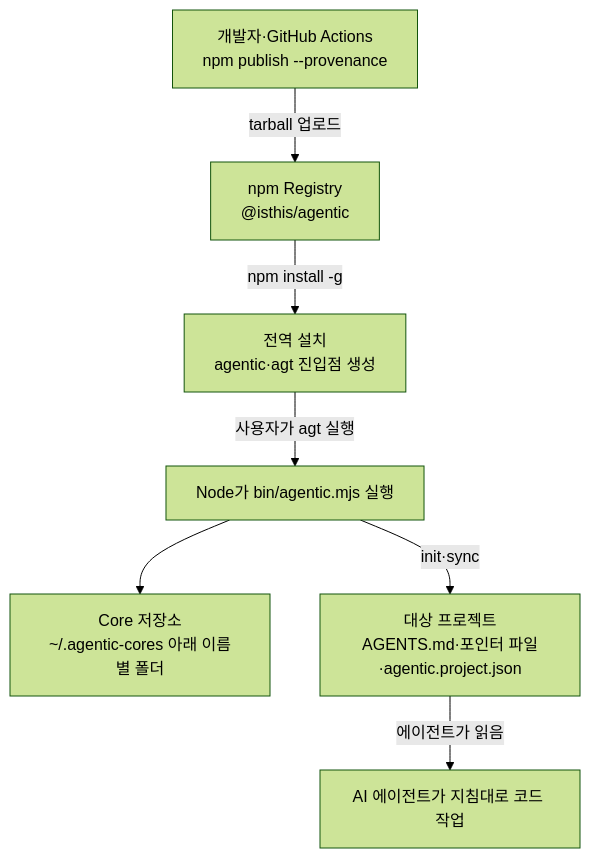
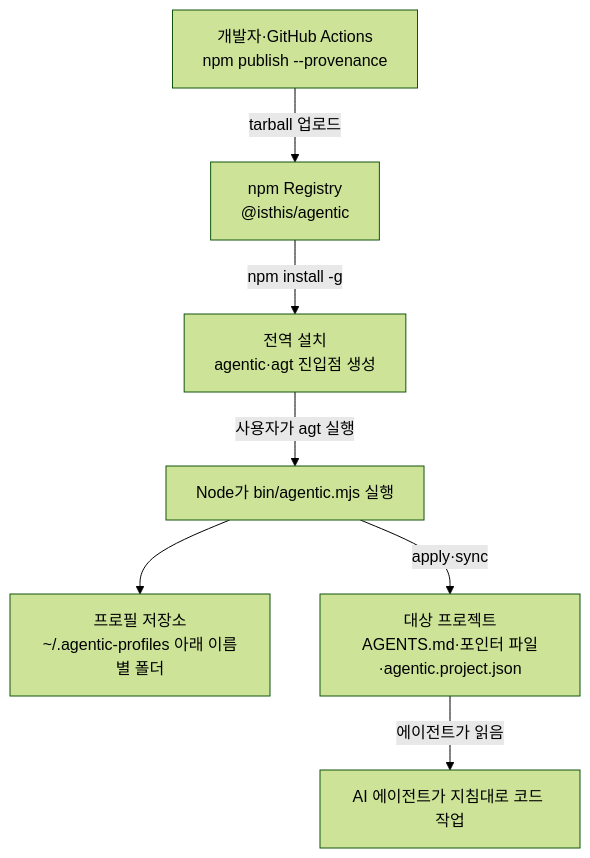
Before and after one commit to IsthisLee/agent-context-manager: the first of 5 diagrams in docs/implementation-principles.md, drawn with Mermaid (forest theme). The commit also changed other lines of this file and 40 other files, not shown here.

First line of the commit message:
feat!: Core를 Guidance Profile로 개명하고 profile apply/sync 분리

````diff
--- a/docs/implementation-principles.md
+++ b/docs/implementation-principles.md
@@ -22,9 +22,9 @@
 ```mermaid
 flowchart TD
   DEV["개발자·GitHub Actions<br/>npm publish --provenance"] -->|"tarball 업로드"| REG["npm Registry<br/>@isthis/agentic"]
   REG -->|"npm install -g"| GBIN["전역 설치<br/>agentic·agt 진입점 생성"]
   GBIN -->|"사용자가 agt 실행"| CLI["Node가 bin/agentic.mjs 실행"]
-  CLI --> CORE["Core 저장소<br/>~/.agentic-cores 아래 이름별 폴더"]
-  CLI -->|"init·sync"| PROJ["대상 프로젝트<br/>AGENTS.md·포인터 파일·agentic.project.json"]
+  CLI --> CORE["프로필 저장소<br/>~/.agentic-profiles 아래 이름별 폴더"]
+  CLI -->|"apply·sync"| PROJ["대상 프로젝트<br/>AGENTS.md·포인터 파일·agentic.project.json"]
   PROJ -->|"에이전트가 읽음"| AGENT["AI 에이전트가 지침대로 코드 작업"]
 ```
````
